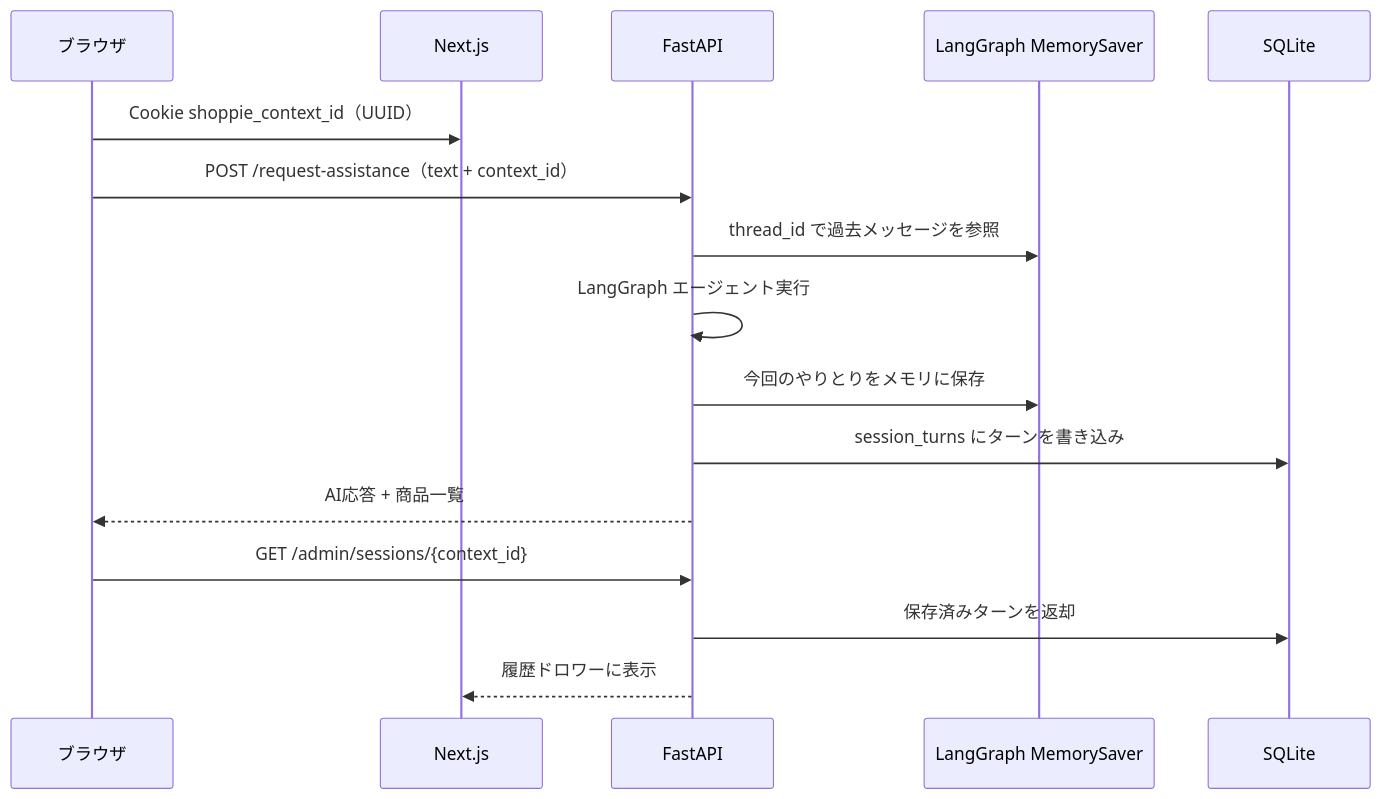
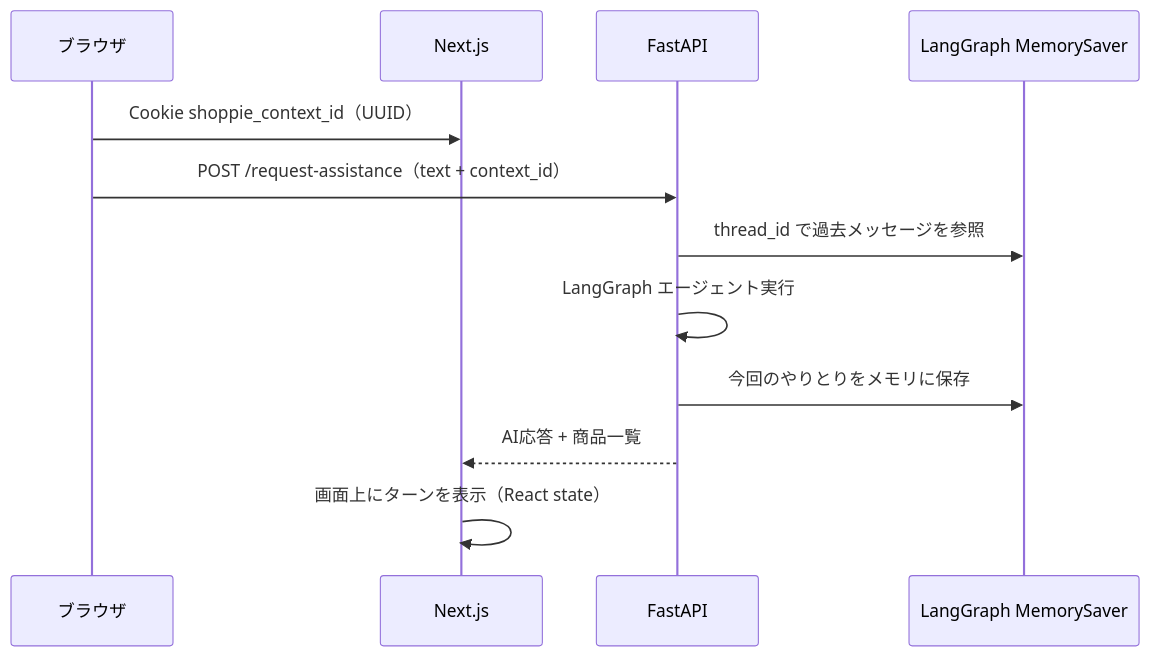
Before and after one commit to koichi2426/Shoppie: the second of 2 diagrams in README.md, drawn with Mermaid. The commit also changed other lines of this file and 25 other files, not shown here.

````diff
--- a/README.md
+++ b/README.md
@@ -140,19 +135,15 @@
 ```mermaid
 sequenceDiagram
     participant U as ブラウザ
     participant F as Next.js
     participant A as FastAPI
     participant M as LangGraph MemorySaver
-    participant S as SQLite
 
     U->>F: Cookie shoppie_context_id（UUID）
     U->>A: POST /request-assistance（text + context_id）
     A->>M: thread_id で過去メッセージを参照
     A->>A: LangGraph エージェント実行
     A->>M: 今回のやりとりをメモリに保存
-    A->>S: session_turns にターンを書き込み
-    A-->>U: AI応答 + 商品一覧
-    U->>A: GET /admin/sessions/{context_id}
-    A->>S: 保存済みターンを返却
-    A-->>F: 履歴ドロワーに表示
+    A-->>F: AI応答 + 商品一覧
+    F->>F: 画面上にターンを表示（React state）
 ```
````
